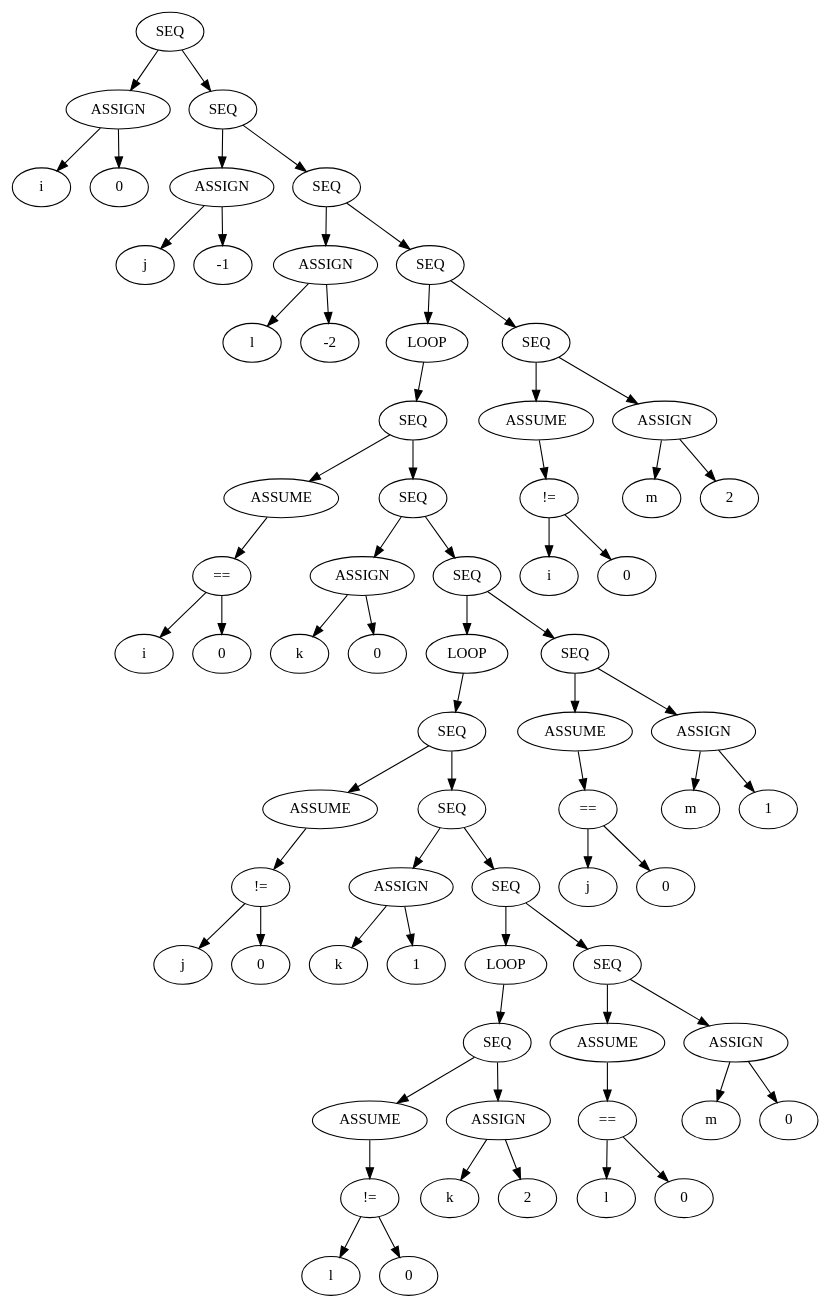
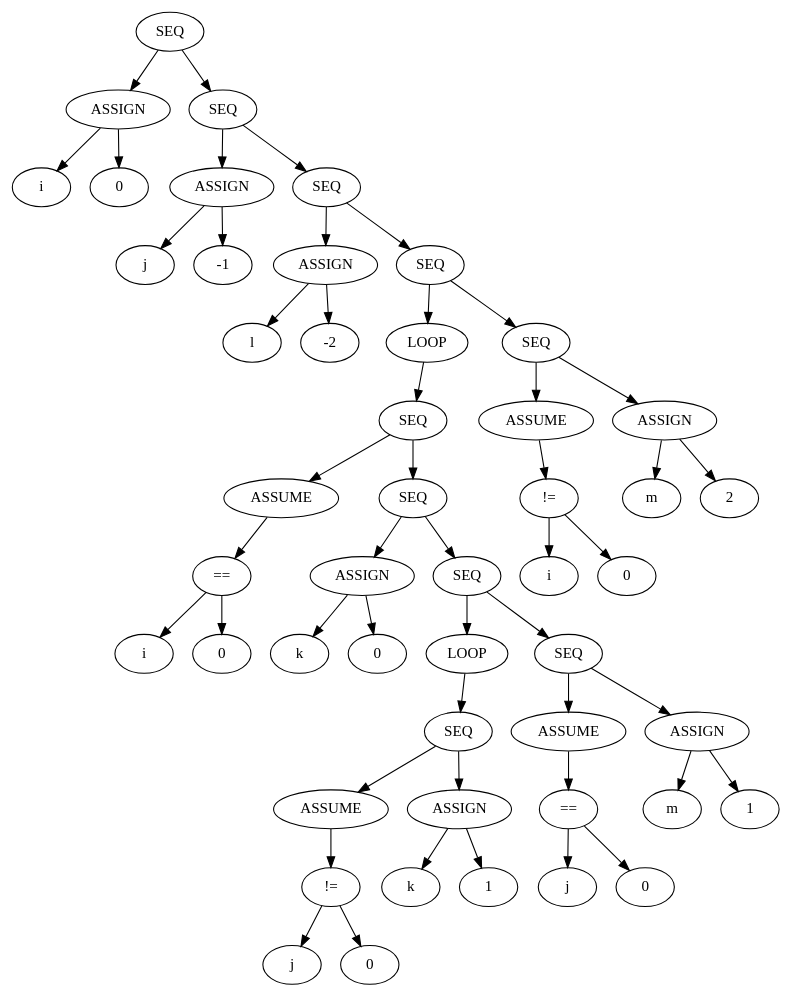
The diagram in code/asts/nestedwhile/nestedwhile.gv (Harman309/project6), drawn with Graphviz before and after one commit. The commit also changed 58 other files, not shown here.

```diff
--- a/code/asts/nestedwhile/nestedwhile.gv
+++ b/code/asts/nestedwhile/nestedwhile.gv
@@ -1,138 +1,100 @@
 // nestedwhile
 digraph {
 	0 [label=SEQ]
 	1 [label=ASSIGN]
 	2 [label=i]
 	1 -> 2
 	3 [label=0]
 	1 -> 3
 	0 -> 1
 	4 [label=SEQ]
 	5 [label=ASSIGN]
 	6 [label=j]
 	5 -> 6
 	7 [label=-1]
 	5 -> 7
 	4 -> 5
 	8 [label=SEQ]
 	9 [label=ASSIGN]
 	10 [label=l]
 	9 -> 10
 	11 [label=-2]
 	9 -> 11
 	8 -> 9
 	12 [label=SEQ]
 	13 [label=LOOP]
 	14 [label=SEQ]
 	15 [label=ASSUME]
 	16 [label="=="]
 	17 [label=i]
 	16 -> 17
 	18 [label=0]
 	16 -> 18
 	15 -> 16
 	14 -> 15
 	19 [label=SEQ]
 	20 [label=ASSIGN]
 	21 [label=k]
 	20 -> 21
 	22 [label=0]
 	20 -> 22
 	19 -> 20
 	23 [label=SEQ]
 	24 [label=LOOP]
 	25 [label=SEQ]
 	26 [label=ASSUME]
 	27 [label="!="]
 	28 [label=j]
 	27 -> 28
 	29 [label=0]
 	27 -> 29
 	26 -> 27
 	25 -> 26
-	30 [label=SEQ]
-	31 [label=ASSIGN]
-	32 [label=k]
-	31 -> 32
-	33 [label=1]
-	31 -> 33
+	30 [label=ASSIGN]
+	31 [label=k]
 	30 -> 31
-	34 [label=SEQ]
-	35 [label=LOOP]
-	36 [label=SEQ]
-	37 [label=ASSUME]
-	38 [label="!="]
-	39 [label=l]
-	38 -> 39
-	40 [label=0]
-	38 -> 40
-	37 -> 38
-	36 -> 37
-	41 [label=ASSIGN]
-	42 [label=k]
-	41 -> 42
-	43 [label=2]
-	41 -> 43
-	36 -> 41
-	35 -> 36
-	34 -> 35
-	44 [label=SEQ]
-	45 [label=ASSUME]
-	46 [label="=="]
-	47 [label=l]
-	46 -> 47
-	48 [label=0]
-	46 -> 48
-	45 -> 46
-	44 -> 45
-	49 [label=ASSIGN]
-	50 [label=m]
-	49 -> 50
-	51 [label=0]
-	49 -> 51
-	44 -> 49
-	34 -> 44
-	30 -> 34
+	32 [label=1]
+	30 -> 32
 	25 -> 30
 	24 -> 25
 	23 -> 24
-	52 [label=SEQ]
-	53 [label=ASSUME]
-	54 [label="=="]
-	55 [label=j]
-	54 -> 55
-	56 [label=0]
-	54 -> 56
-	53 -> 54
-	52 -> 53
-	57 [label=ASSIGN]
-	58 [label=m]
-	57 -> 58
-	59 [label=1]
-	57 -> 59
-	52 -> 57
-	23 -> 52
+	33 [label=SEQ]
+	34 [label=ASSUME]
+	35 [label="=="]
+	36 [label=j]
+	35 -> 36
+	37 [label=0]
+	35 -> 37
+	34 -> 35
+	33 -> 34
+	38 [label=ASSIGN]
+	39 [label=m]
+	38 -> 39
+	40 [label=1]
+	38 -> 40
+	33 -> 38
+	23 -> 33
 	19 -> 23
 	14 -> 19
 	13 -> 14
 	12 -> 13
-	60 [label=SEQ]
-	61 [label=ASSUME]
-	62 [label="!="]
-	63 [label=i]
-	62 -> 63
-	64 [label=0]
-	62 -> 64
-	61 -> 62
-	60 -> 61
-	65 [label=ASSIGN]
-	66 [label=m]
-	65 -> 66
-	67 [label=2]
-	65 -> 67
-	60 -> 65
-	12 -> 60
+	41 [label=SEQ]
+	42 [label=ASSUME]
+	43 [label="!="]
+	44 [label=i]
+	43 -> 44
+	45 [label=0]
+	43 -> 45
+	42 -> 43
+	41 -> 42
+	46 [label=ASSIGN]
+	47 [label=m]
+	46 -> 47
+	48 [label=2]
+	46 -> 48
+	41 -> 46
+	12 -> 41
 	8 -> 12
 	4 -> 8
 	0 -> 4
 }
```
